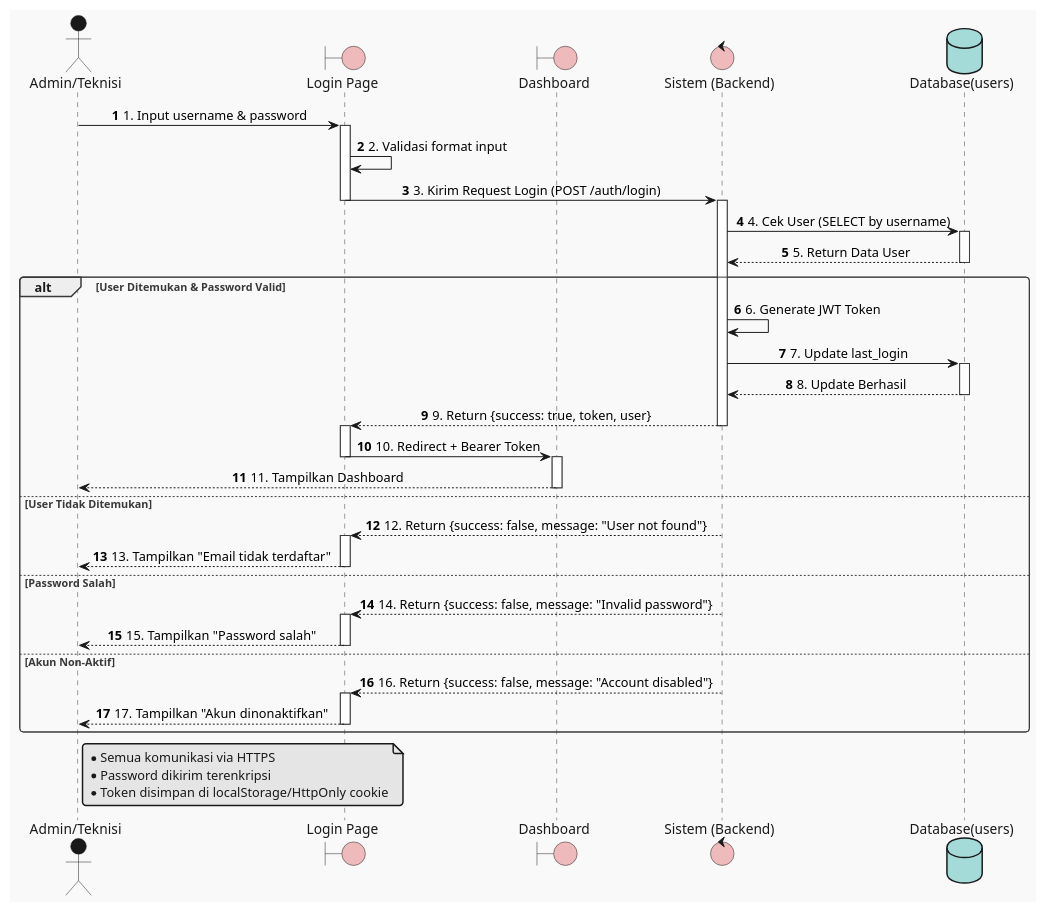
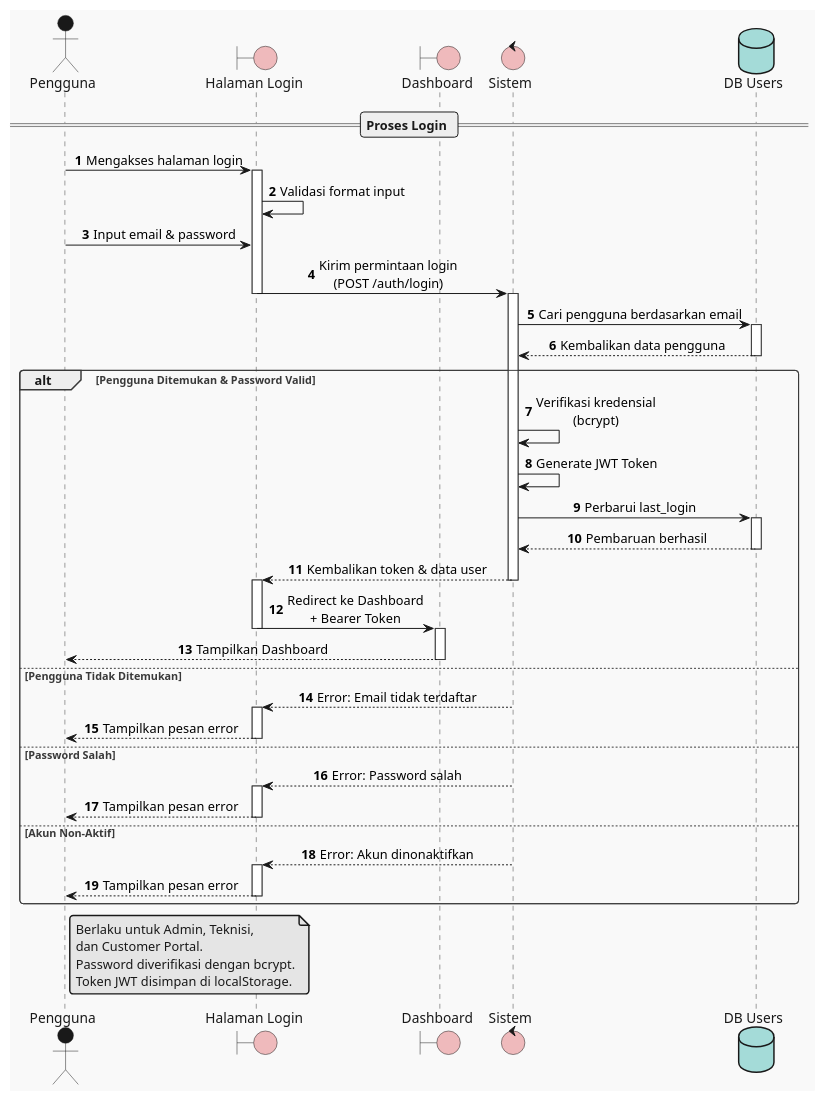
The diagram in diagram/sequence/auth.puml (quiqxiq/mikmongo), drawn with PlantUML before and after one commit. The commit also changed 31 other files, not shown here.

```diff
--- a/diagram/sequence/auth.puml
+++ b/diagram/sequence/auth.puml
@@ -1,75 +1,75 @@
 @startuml
 !theme mars
 autonumber
 skinparam sequenceMessageAlign center
 
-' Definisi Partisipan
-actor "Admin/Teknisi" as User
-boundary "Login Page" as UI
+actor "Pengguna" as User
+boundary "Halaman Login" as UI
 boundary "Dashboard" as Dash
-control "Sistem (Backend)" as System
-database "Database(users)" as DB
+control "Sistem" as System
+database "DB Users" as DB
 
-User -> UI : 1. Input username & password
+== Proses Login ==
+
+User -> UI : Mengakses halaman login
 activate UI
-
-' Validasi awal di sisi client
-UI -> UI : 2. Validasi format input
-UI -> System : 3. Kirim Request Login (POST /auth/login)
+UI -> UI : Validasi format input
+User -> UI : Input email & password
+UI -> System : Kirim permintaan login\n(POST /auth/login)
 deactivate UI
 activate System
 
-' Cek ke Database
-System -> DB : 4. Cek User (SELECT by username)
+System -> DB : Cari pengguna berdasarkan email
 activate DB
-DB --> System : 5. Return Data User
+DB --> System : Kembalikan data pengguna
 deactivate DB
 
-alt User Ditemukan & Password Valid
-    System -> System : 6. Generate JWT Token
-    System -> DB : 7. Update last_login
+alt Pengguna Ditemukan & Password Valid
+    System -> System : Verifikasi kredensial\n(bcrypt)
+    System -> System : Generate JWT Token
+    System -> DB : Perbarui last_login
     activate DB
-    DB --> System : 8. Update Berhasil
+    DB --> System : Pembaruan berhasil
     deactivate DB
-    
-    System --> UI : 9. Return {success: true, token, user}
+
+    System --> UI : Kembalikan token & data user
     deactivate System
     activate UI
-    
-    ' Redirect ke Dashboard
-    UI -> Dash : 10. Redirect + Bearer Token
+
+    UI -> Dash : Redirect ke Dashboard\n+ Bearer Token
     deactivate UI
     activate Dash
-    
-    Dash --> User : 11. Tampilkan Dashboard
+
+    Dash --> User : Tampilkan Dashboard
     deactivate Dash
 
-else User Tidak Ditemukan
-    System --> UI : 12. Return {success: false, message: "User not found"}
+else Pengguna Tidak Ditemukan
+    System --> UI : Error: Email tidak terdaftar
     deactivate System
     activate UI
-    UI --> User : 13. Tampilkan "Email tidak terdaftar"
+    UI --> User : Tampilkan pesan error
     deactivate UI
 
 else Password Salah
-    System --> UI : 14. Return {success: false, message: "Invalid password"}
+    System --> UI : Error: Password salah
     deactivate System
     activate UI
-    UI --> User : 15. Tampilkan "Password salah"
+    UI --> User : Tampilkan pesan error
     deactivate UI
 
 else Akun Non-Aktif
-    System --> UI : 16. Return {success: false, message: "Account disabled"}
+    System --> UI : Error: Akun dinonaktifkan
     deactivate System
     activate UI
-    UI --> User : 17. Tampilkan "Akun dinonaktifkan"
+    UI --> User : Tampilkan pesan error
     deactivate UI
 end
 
 note right of User
-  * Semua komunikasi via HTTPS
-  * Password dikirim terenkripsi
-  * Token disimpan di localStorage/HttpOnly cookie
+  Berlaku untuk Admin, Teknisi,
+  dan Customer Portal.
+  Password diverifikasi dengan bcrypt.
+  Token JWT disimpan di localStorage.
 end note
 
 @enduml
```
